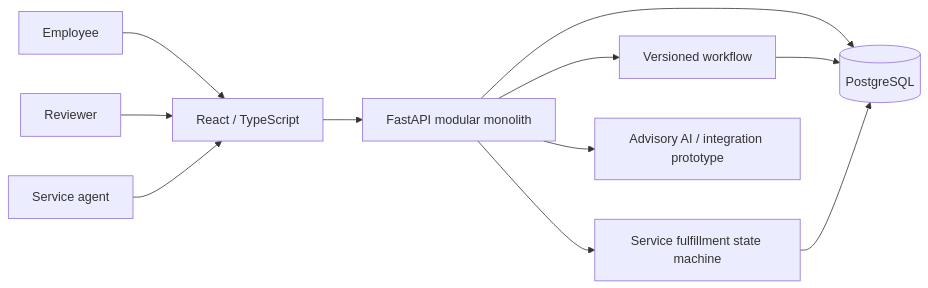
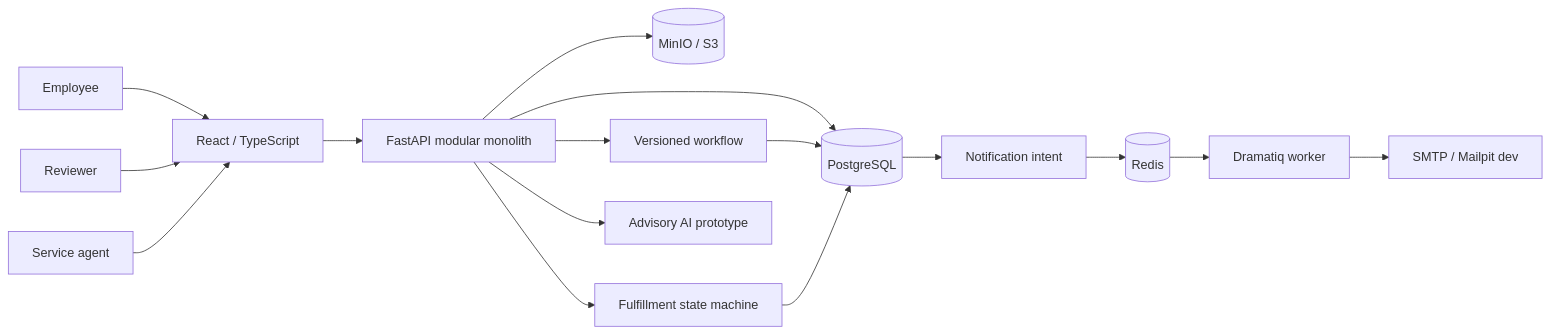
Before and after one commit to chanhuynguyen-ai/central-service-ai-automation: the diagram in README.md, drawn with Mermaid. The commit also changed other lines of this file and 26 other files, not shown here.

````diff
--- a/README.md
+++ b/README.md
@@ -106,13 +118,18 @@
 ```mermaid
 flowchart LR
     Employee --> UI[React / TypeScript]
     Reviewer --> UI
     Agent[Service agent] --> UI
     UI --> API[FastAPI modular monolith]
     API --> DB[(PostgreSQL)]
+    API --> MinIO[(MinIO / S3)]
     API --> WF[Versioned workflow]
-    API --> F[Service fulfillment state machine]
+    API --> F[Fulfillment state machine]
     WF --> DB
     F --> DB
-    API --> Legacy[Advisory AI / integration prototype]
+    DB --> N[Notification intent]
+    N --> Redis[(Redis)]
+    Redis --> Worker[Dramatiq worker]
+    Worker --> Mail[SMTP / Mailpit dev]
+    API --> Legacy[Advisory AI prototype]
 ```
````
